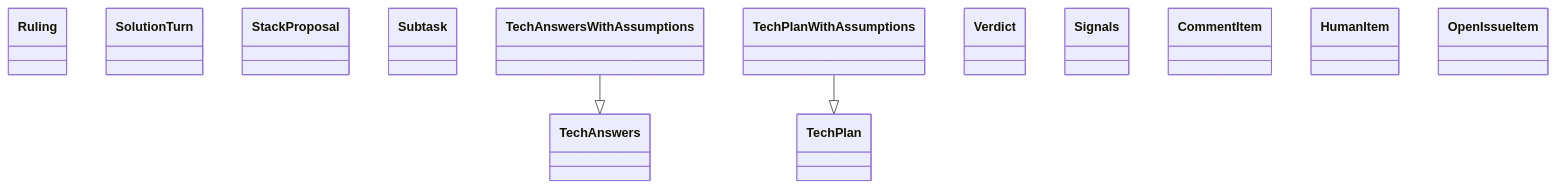
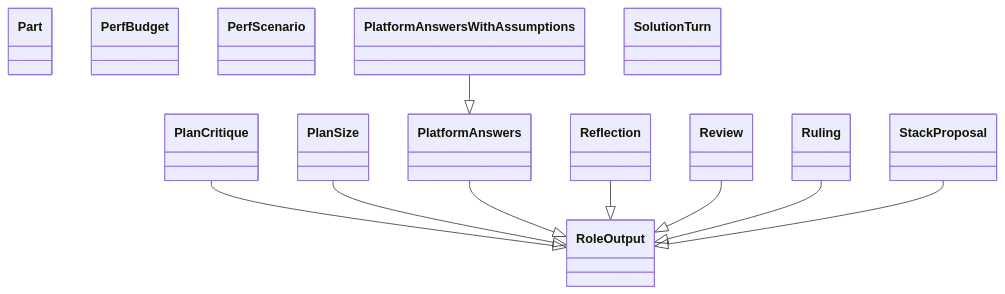
Before and after one commit to GonzaloZevallos/agentic-system: the diagram in docs/architecture/generated/classes-process-domain-roles-4.md, drawn with Mermaid. The commit also changed other lines of this file and 46 other files, not shown here.

````diff
--- a/docs/architecture/generated/classes-process-domain-roles-4.md
+++ b/docs/architecture/generated/classes-process-domain-roles-4.md
@@ -28,18 +29,24 @@
 ```mermaid
 classDiagram
+    class schemas__Part["Part"]
+    class schemas__PerfBudget["PerfBudget"]
+    class schemas__PerfScenario["PerfScenario"]
+    class schemas__PlanCritique["PlanCritique"]
+    class schemas__PlanSize["PlanSize"]
+    class schemas__PlatformAnswers["PlatformAnswers"]
+    class schemas__PlatformAnswersWithAssumptions["PlatformAnswersWithAssumptions"]
+    class schemas__Reflection["Reflection"]
+    class schemas__Review["Review"]
+    class schemas__RoleOutput["RoleOutput"]
     class schemas__Ruling["Ruling"]
     class schemas__SolutionTurn["SolutionTurn"]
     class schemas__StackProposal["StackProposal"]
-    class schemas__Subtask["Subtask"]
-    class schemas__TechAnswers["TechAnswers"]
-    class schemas__TechAnswersWithAssumptions["TechAnswersWithAssumptions"]
-    class schemas__TechPlan["TechPlan"]
-    class schemas__TechPlanWithAssumptions["TechPlanWithAssumptions"]
-    class schemas__Verdict["Verdict"]
-    class stack_signals__Signals["Signals"]
-    class tracker_items__CommentItem["CommentItem"]
-    class tracker_items__HumanItem["HumanItem"]
-    class tracker_items__OpenIssueItem["OpenIssueItem"]
-    schemas__TechAnswersWithAssumptions --|> schemas__TechAnswers
-    schemas__TechPlanWithAssumptions --|> schemas__TechPlan
+    schemas__PlanCritique --|> schemas__RoleOutput
+    schemas__PlanSize --|> schemas__RoleOutput
+    schemas__PlatformAnswers --|> schemas__RoleOutput
+    schemas__PlatformAnswersWithAssumptions --|> schemas__PlatformAnswers
+    schemas__Reflection --|> schemas__RoleOutput
+    schemas__Review --|> schemas__RoleOutput
+    schemas__Ruling --|> schemas__RoleOutput
+    schemas__StackProposal --|> schemas__RoleOutput
 ```
````
